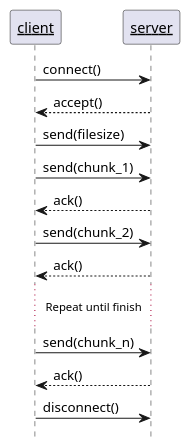
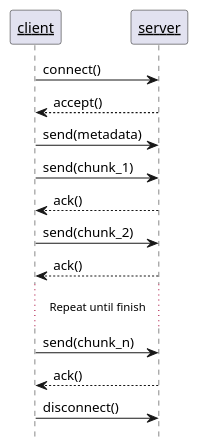
Before and after one commit to Huy-Ngo/ds2021: the diagram in pw1/protocol.puml, drawn with PlantUML. The commit also changed 9 other files, not shown here.

```diff
--- a/pw1/protocol.puml
+++ b/pw1/protocol.puml
@@ -1,15 +1,15 @@
 @startuml
 hide footbox
 skinparam sequenceParticipant underline
 client -> server : connect()
 client <-- server : accept()
-client -> server : send(filesize)
+client -> server : send(metadata)
 client -> server : send(chunk_1)
 client <-- server : ack()
 client -> server : send(chunk_2)
 client <-- server : ack()
 ... Repeat until finish ...
 client -> server : send(chunk_n)
 client <-- server : ack()
 client -> server : disconnect()
 @enduml
```
